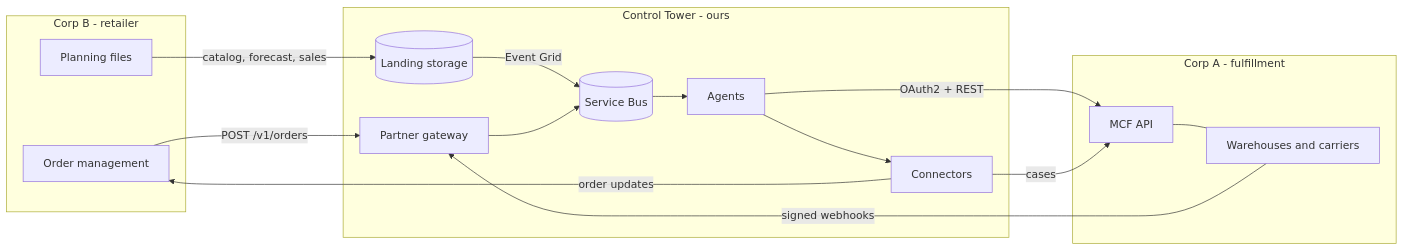
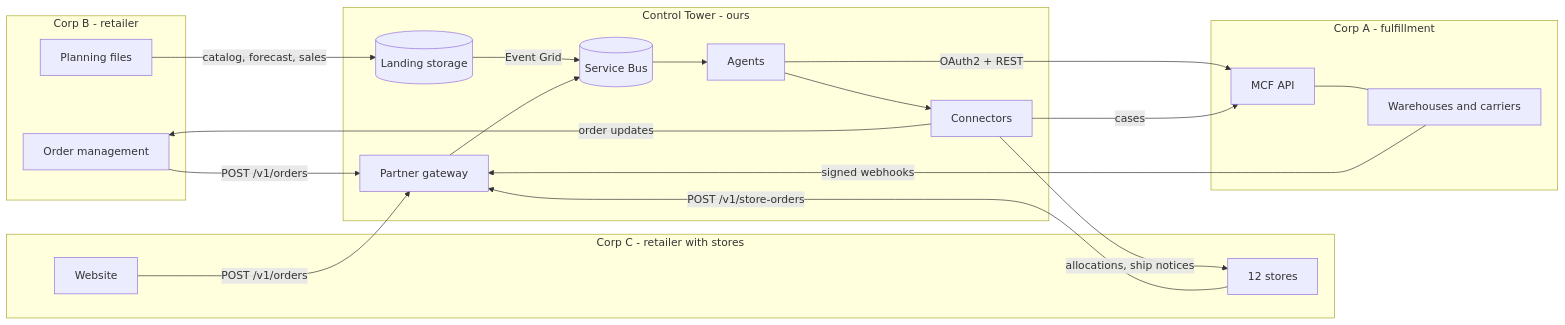
One commit to taojian-feng/mcf changed the diagram in docs/PARTNER_APIS.md. Above: the diagram before and after it, drawn with Mermaid. The commit also changed other lines of this file and 28 other files, not shown here.

First line of the commit message:
Add a second retailer with stores (roadmap step 5)

````diff
--- a/docs/PARTNER_APIS.md
+++ b/docs/PARTNER_APIS.md
@@ -8,28 +8,35 @@
 ```mermaid
 flowchart LR
   subgraph CorpB[Corp B - retailer]
     OMS[Order management]
     FILES[Planning files]
+  end
+  subgraph CorpC[Corp C - retailer with stores]
+    WEB[Website]
+    STORES[12 stores]
   end
   subgraph CT[Control Tower - ours]
     GW[Partner gateway]
     BUS[(Service Bus)]
     AG[Agents]
     CON[Connectors]
     LAND[(Landing storage)]
   end
   subgraph CorpA[Corp A - fulfillment]
     API[MCF API]
     WH[Warehouses and carriers]
   end
   OMS -- POST /v1/orders --> GW
   FILES -- catalog, forecast, sales --> LAND
   LAND -- Event Grid --> BUS
   GW --> BUS --> AG
   AG -- OAuth2 + REST --> API
   API --- WH
   WH -- signed webhooks --> GW
   AG --> CON
   CON -- order updates --> OMS
+  WEB -- POST /v1/orders --> GW
+  STORES -- POST /v1/store-orders --> GW
+  CON -- allocations, ship notices --> STORES
   CON -- cases --> API
 ```
````
